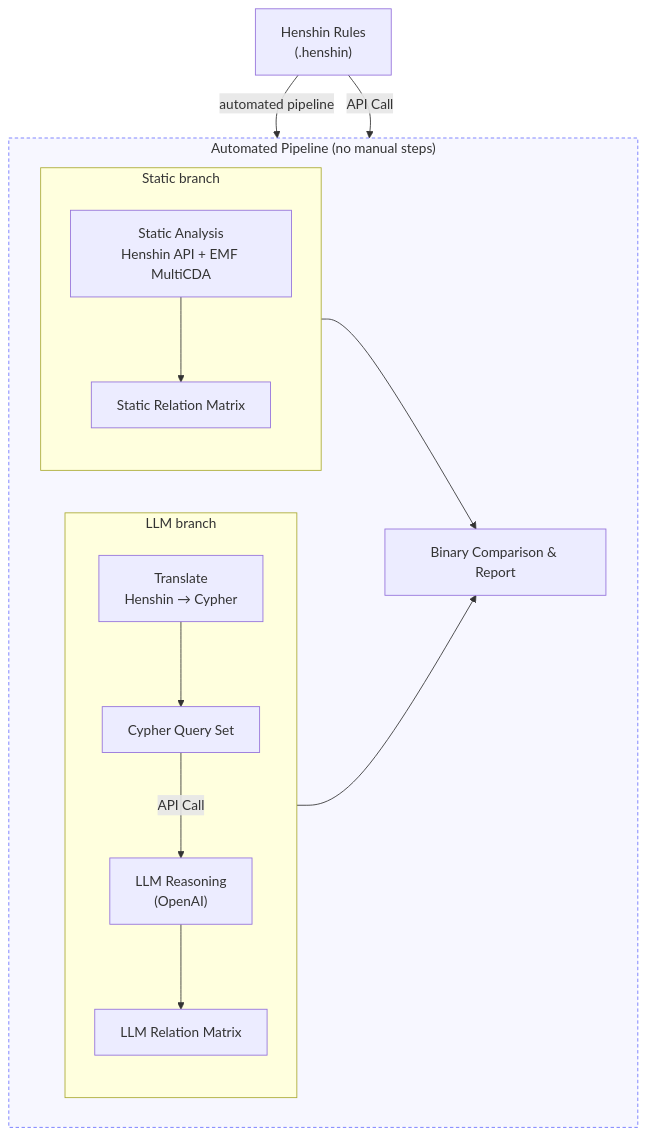
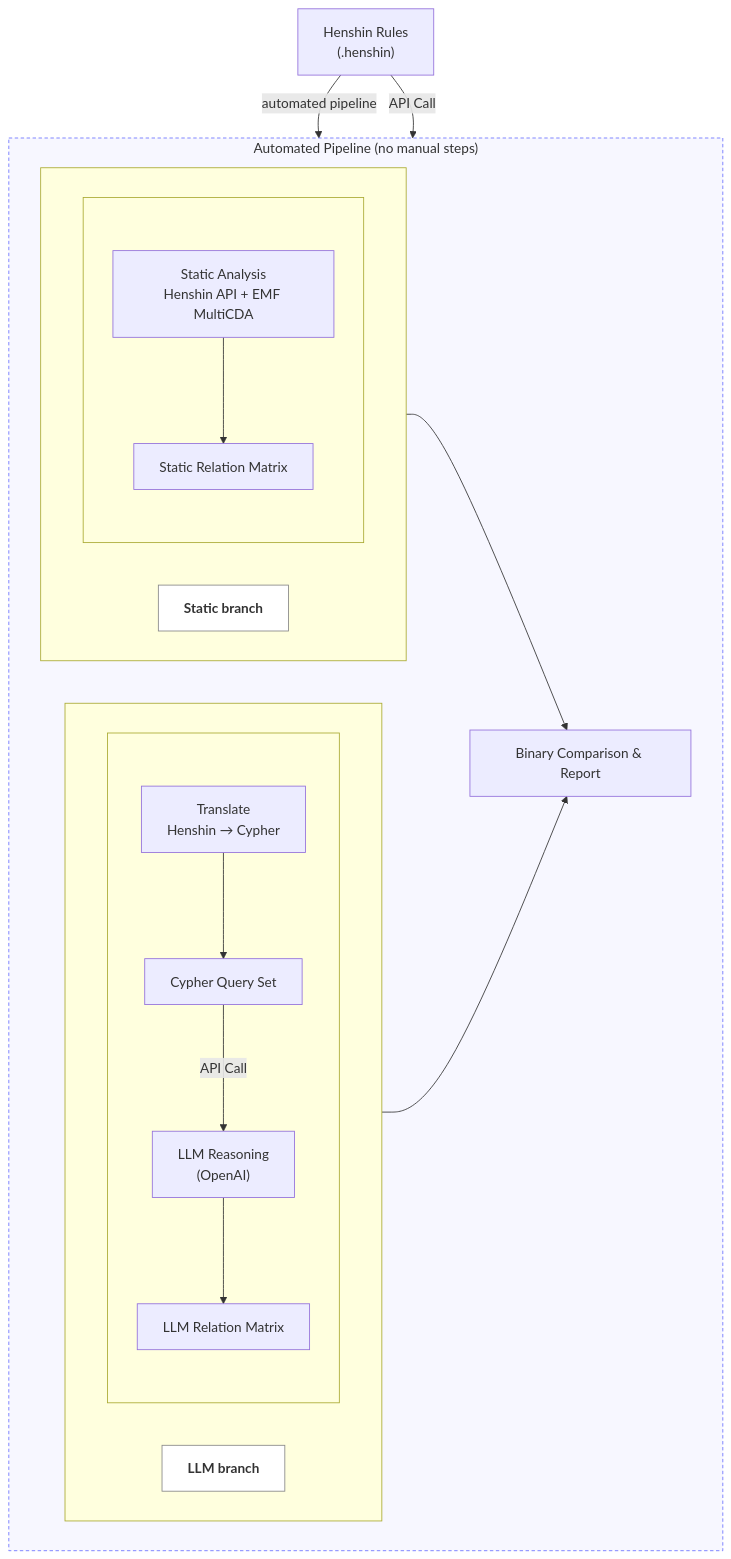
The diagram in README.md (Lugji/HenshinApplication), drawn with Mermaid before and after one commit.

````diff
--- a/README.md
+++ b/README.md
@@ -5,41 +5,50 @@
 ```mermaid
+
 %%{init: {'flowchart': {'htmlLabels': true}} }%%
 flowchart TD
-  %% Outside the automated box
+  %% Außerhalb der Pipeline
   A["Henshin Rules<br>(.henshin)"]
 
-  %% Automated pipeline (everything inside runs without manual steps)
+  %% Gesamte automatisierte Pipeline
   subgraph Auto["Automated Pipeline (no manual steps)"]
     direction LR
 
-    %% LLM branch (left)
-    subgraph LLM["LLM branch"]
-      direction TB
-      B["Translate<br>Henshin → Cypher"]
-      C["Cypher Query Set"]
-      D["LLM Reasoning<br>(OpenAI)"]
-      F["LLM Relation Matrix"]
+    %% ---- LLM-Branch: Label links oben + vertikale Kette rechts ----
+    subgraph LLM[" "]
+      direction LR
+      L_HDR["LLM branch"]:::header
+      subgraph LLM_PIPE[" "]
+        direction TB
+        B["Translate<br>Henshin → Cypher"]
+        C["Cypher Query Set"]
+        D["LLM Reasoning<br>(OpenAI)"]
+        F["LLM Relation Matrix"]
+      end
     end
 
-    %% Static branch (right)
-    subgraph Static["Static branch"]
-      direction TB
-      E["Static Analysis<br>Henshin API + EMF MultiCDA"]
-      G["Static Relation Matrix"]
+    %% ---- Static-Branch: Label links oben + vertikale Kette rechts ----
+    subgraph STATIC[" "]
+      direction LR
+      S_HDR["Static branch"]:::header
+      subgraph STATIC_PIPE[" "]
+        direction TB
+        E["Static Analysis<br>Henshin API + EMF MultiCDA"]
+        G["Static Relation Matrix"]
+      end
     end
 
-    %% Merge/report (still automated)
+    %% Merge/Report
     H["Binary Comparison & Report"]
   end
 
-  %% Flows (with your labels)
+  %% Flüsse/Labels
   A -->|automated pipeline| B
   B --> C -->|API Call| D --> F --> H
   A -->|API Call| E --> G --> H
 
-  %% Subtle styling for the box
+  %% Styling
+  classDef header fill:#ffffff,stroke:#888,stroke-width:1px,font-weight:bold;
   style Auto fill:#f7f7ff,stroke:#6b72ff,stroke-width:1px,stroke-dasharray:4 3
 
 
-
 ```
````
